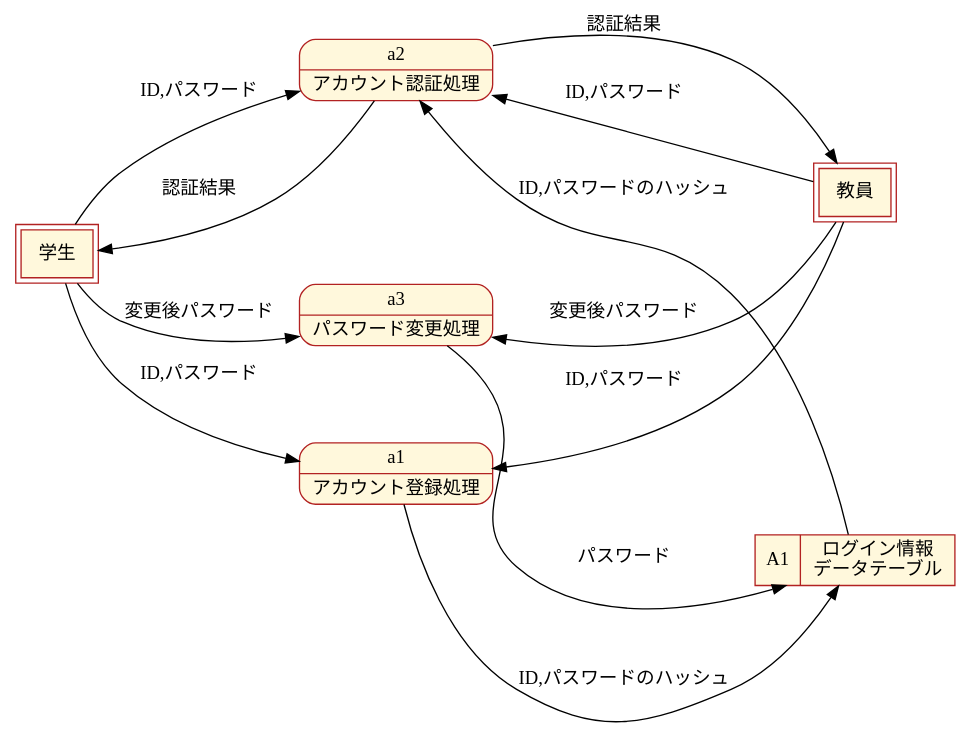
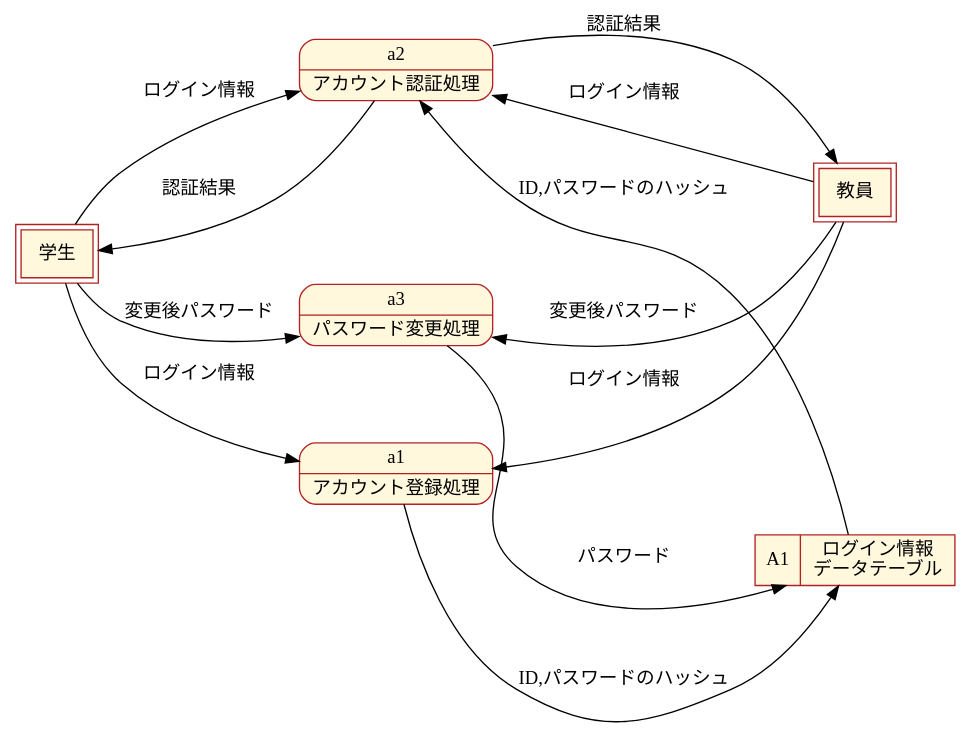
Before and after one commit to kumokumo1653/softwareEngineering: the diagram in reportSystem/Level2A.dot, drawn with Graphviz. The commit also changed 5 other files, not shown here.

```diff
--- a/reportSystem/Level2A.dot
+++ b/reportSystem/Level2A.dot
@@ -1,93 +1,93 @@
 digraph dfd {
   nodesep = 1;
   graph [fontname = "MS Gothic",
   rankdir = LR];
   node [fontname = "MS Gothic", style = "filled", fillcolor = cornsilk, color = firebrick];
   edge [fontname = "MS Gothic"];
 
   student [
     label = "学生",
     shape = box,
     peripheries = 2
   ];
 
   teacher [
     label = "教員",
     shape = box,
     peripheries = 2
   ];
 
   logInfo [
     label = "{<id> A1 |<label> ログイン情報\nデータテーブル}",
     shape=record,
   ];
 
 
   register [
     label = "<id> a1|<label> アカウント登録処理",
     shape = record,
     style = "rounded,filled",
     fillcolor = cornsilk
   ];
 
   auth [
     label = "<id> a2|<label> アカウント認証処理",
     shape = record,
     style = "rounded,filled",
     fillcolor = cornsilk
   ];
 
   change [
     label = "<id> a3|<label> パスワード変更処理",
     shape = record,
     style = "rounded,filled",
     fillcolor = cornsilk
   ];
   student -> register [
-    label = "ID,パスワード"
+    label = "ログイン情報"
   ];
 
   teacher -> register [
-    label = "ID,パスワード"
+    label = "ログイン情報"
   ];
 
   register -> logInfo [
     label = "ID,パスワードのハッシュ"
   ];
 
   logInfo -> auth [
     label = "ID,パスワードのハッシュ"
   ];
 
   student -> auth [
-    label = "ID,パスワード"
+    label = "ログイン情報"
   ];
 
   auth -> student [
     label = "認証結果"
   ];
 
   teacher -> auth [
-    label = "ID,パスワード"
+    label = "ログイン情報"
   ];
 
   auth -> teacher [
     label = "認証結果"
   ];
 
   student -> change[
     label = "変更後パスワード";
   ];
 
   teacher -> change[
     label = "変更後パスワード";
   ];
 
   change -> logInfo[
     label = "パスワード";
   ];
 
   {rank = min; student;}
   {rank = max; teacher;}
   {rank = same; auth;register;change;}
 }
```
